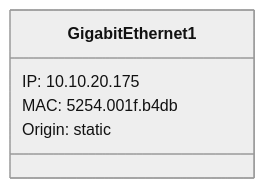
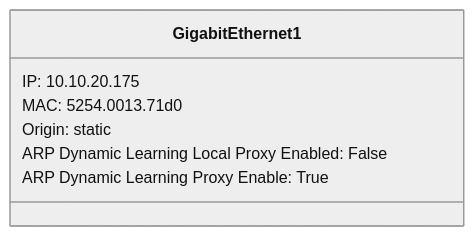
The first of 11 diagrams in Examples/IOS-XE/dist-rtr01 arp class.md (automateyournetwork/pyYAHTS), drawn with Mermaid (neutral theme) before and after one commit. The commit also changed other lines of this file and 34 other files, not shown here.

Commit message:
ios-xe class diagrams

````diff
--- a/Examples/IOS-XE/dist-rtr01 arp class.md
+++ b/Examples/IOS-XE/dist-rtr01 arp class.md
@@ -2,8 +2,10 @@
 ```mermaid
 classDiagram
 class GigabitEthernet1{
 IP: 10.10.20.175
-MAC: 5254.001f.b4db
+MAC: 5254.0013.71d0
 Origin: static
+ARP Dynamic Learning Local Proxy Enabled: False
+ARP Dynamic Learning Proxy Enable: True
 }
 ```
````
